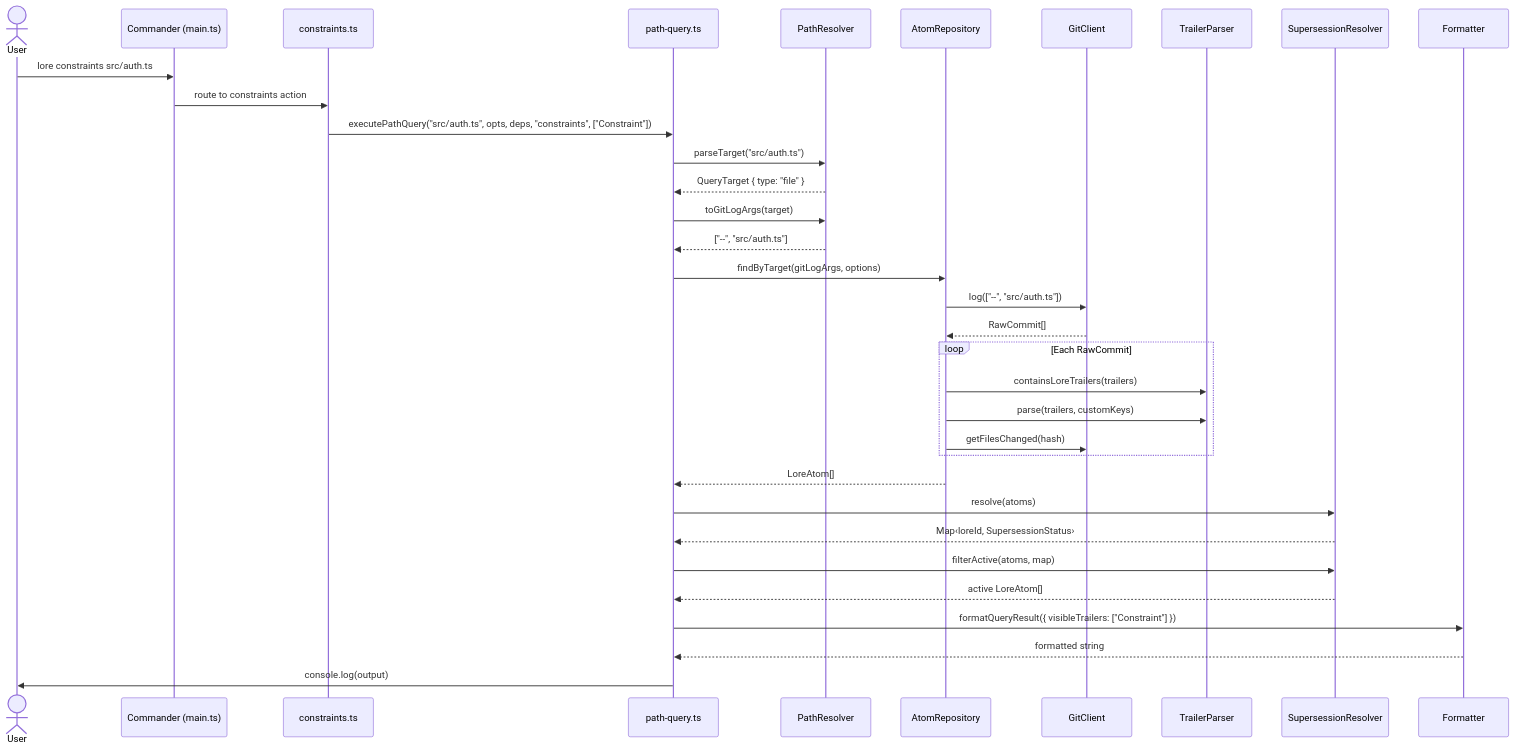
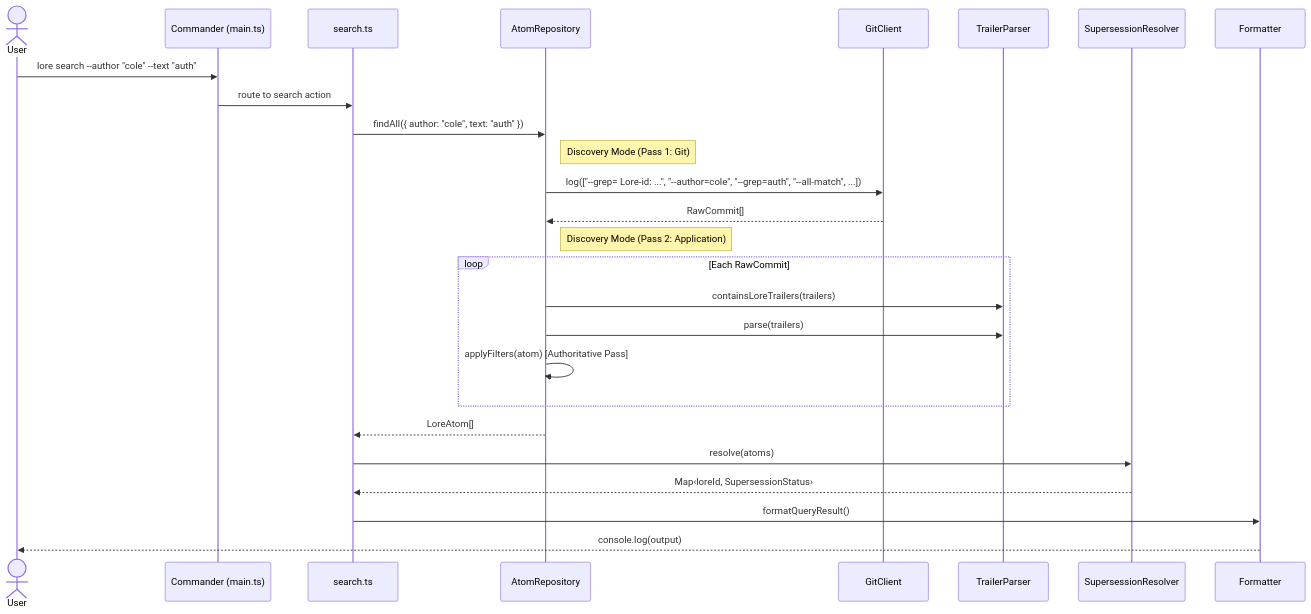
The fourth of 7 diagrams in documents/PROJECT_ARCHITECTURE.md (c-ferrier/lore-protocol), drawn with Mermaid before and after one commit. The commit also changed other lines of this file and 15 other files, not shown here.

````diff
--- a/documents/PROJECT_ARCHITECTURE.md
+++ b/documents/PROJECT_ARCHITECTURE.md
@@ -742,41 +742,33 @@
 ```mermaid
 sequenceDiagram
     actor User
     participant CLI as Commander (main.ts)
-    participant CMD as constraints.ts
-    participant PQ as path-query.ts
-    participant PR as PathResolver
+    participant CMD as search.ts
     participant AR as AtomRepository
     participant GC as GitClient
     participant TP as TrailerParser
     participant SR as SupersessionResolver
     participant FMT as Formatter
 
-    User->>CLI: lore constraints src/auth.ts
-    CLI->>CMD: route to constraints action
-    CMD->>PQ: executePathQuery("src/auth.ts", opts, deps, "constraints", ["Constraint"])
+    User->>CLI: lore search --author "cole" --text "auth"
+    CLI->>CMD: route to search action
 
-    PQ->>PR: parseTarget("src/auth.ts")
-    PR-->>PQ: QueryTarget { type: "file" }
-    PQ->>PR: toGitLogArgs(target)
-    PR-->>PQ: ["--", "src/auth.ts"]
+    CMD->>AR: findAll({ author: "cole", text: "auth" })
+    Note right of AR: Discovery Mode (Pass 1: Git)
+    AR->>GC: log(["--grep= Lore-id: ...", "--author=cole", "--grep=auth", "--all-match", ...])
+    GC-->>AR: RawCommit[]
 
-    PQ->>AR: findByTarget(gitLogArgs, options)
-    AR->>GC: log(["--", "src/auth.ts"])
-    GC-->>AR: RawCommit[]
+    Note right of AR: Discovery Mode (Pass 2: Application)
     loop Each RawCommit
         AR->>TP: containsLoreTrailers(trailers)
-        AR->>TP: parse(trailers, customKeys)
-        AR->>GC: getFilesChanged(hash)
+        AR->>TP: parse(trailers)
+        AR->>AR: applyFilters(atom) [Authoritative Pass]
     end
-    AR-->>PQ: LoreAtom[]
+    AR-->>CMD: LoreAtom[]
 
-    PQ->>SR: resolve(atoms)
-    SR-->>PQ: Map‹loreId, SupersessionStatus›
-    PQ->>SR: filterActive(atoms, map)
-    SR-->>PQ: active LoreAtom[]
+    CMD->>SR: resolve(atoms)
+    SR-->>CMD: Map‹loreId, SupersessionStatus›
 
-    PQ->>FMT: formatQueryResult({ visibleTrailers: ["Constraint"] })
-    FMT-->>PQ: formatted string
-    PQ->>User: console.log(output)
+    CMD->>FMT: formatQueryResult()
+    FMT-->>User: console.log(output)
 ```
````
